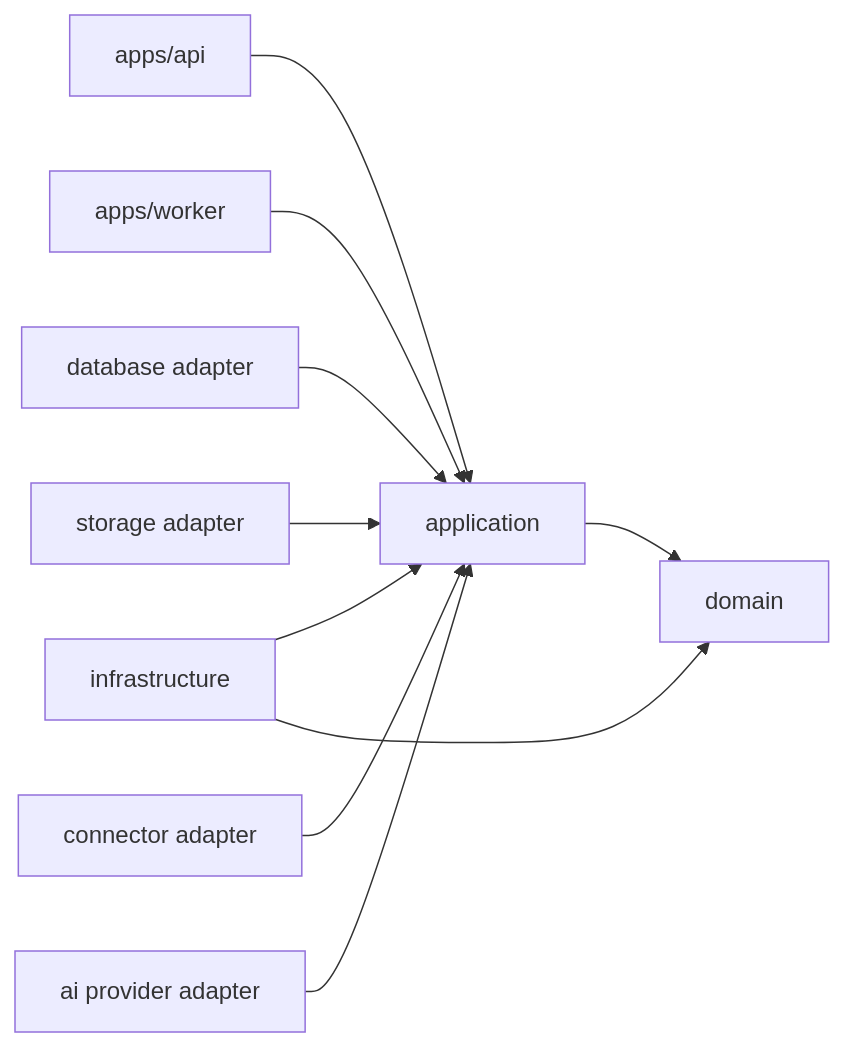
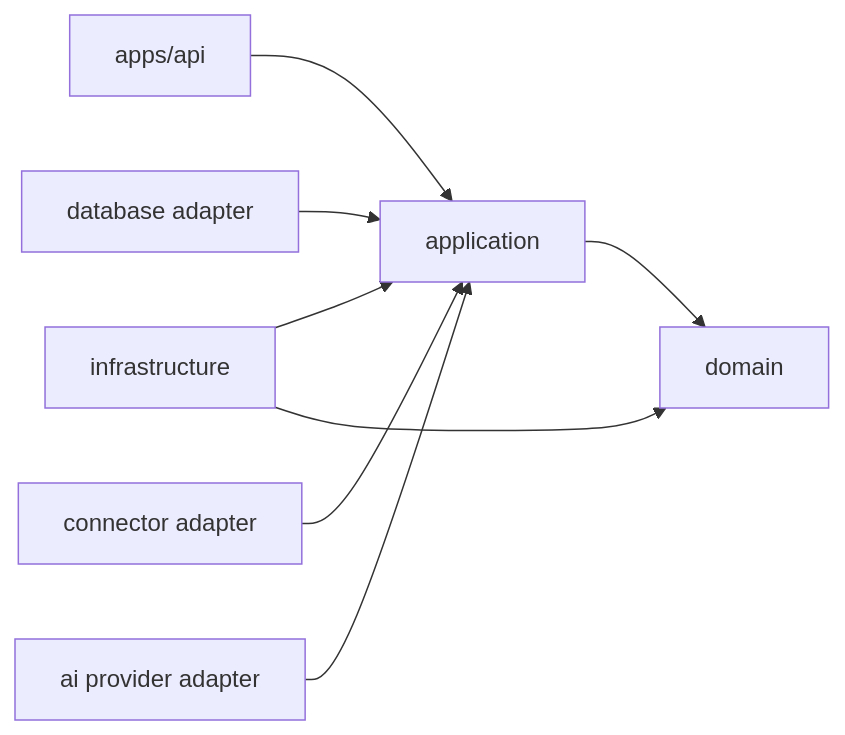
Before and after one commit to junjuntian/Futures-analysis-website: the second of 3 diagrams in docs/ARCHITECTURE.md, drawn with Mermaid. The commit also changed other lines of this file and 5 other files, not shown here.

````diff
--- a/docs/ARCHITECTURE.md
+++ b/docs/ARCHITECTURE.md
@@ -45,12 +44,10 @@
 ```mermaid
 flowchart LR
     APIA["apps/api"] --> APP["application"]
-    WKA["apps/worker"] --> APP
     APP --> DOM["domain"]
     INF["infrastructure"] --> APP
     INF --> DOM
     DBAD["database adapter"] --> APP
-    STAD["storage adapter"] --> APP
     CNAD["connector adapter"] --> APP
     AIAD["ai provider adapter"] --> APP
 ```
````
